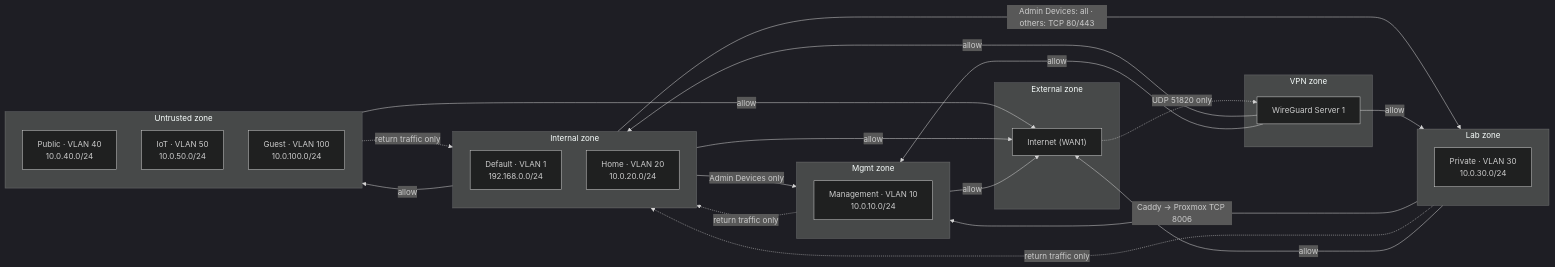
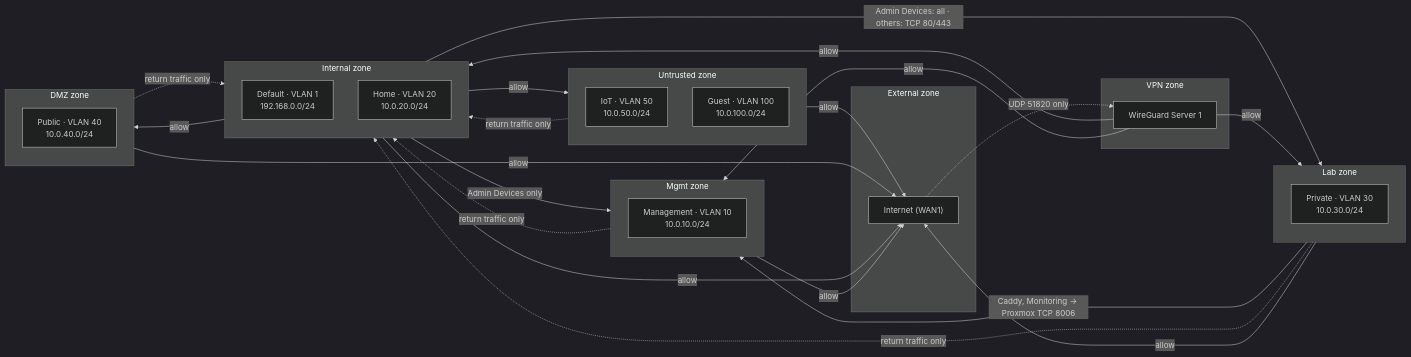
Before and after one commit to shaaz-f/home-server: the second of 2 diagrams in README.md, drawn with Mermaid (dark theme). The commit also changed other lines of this file and 5 other files, not shown here.

First line of the commit message:
Document DMZ zone, monitoring and apps VMs

````diff
--- a/README.md
+++ b/README.md
@@ -52,40 +52,45 @@
 ```mermaid
 flowchart LR
     subgraph EXT["External zone"]
         WAN["Internet (WAN1)"]
     end
     subgraph INT["Internal zone"]
         DEF["Default · VLAN 1<br/>192.168.0.0/24"]
         HOME["Home · VLAN 20<br/>10.0.20.0/24"]
     end
     subgraph MGZ["Mgmt zone"]
         MGMT["Management · VLAN 10<br/>10.0.10.0/24"]
     end
     subgraph LABZ["Lab zone"]
         PRIV["Private · VLAN 30<br/>10.0.30.0/24"]
     end
     subgraph UNT["Untrusted zone"]
-        PUB["Public · VLAN 40<br/>10.0.40.0/24"]
         IOT["IoT · VLAN 50<br/>10.0.50.0/24"]
         GST["Guest · VLAN 100<br/>10.0.100.0/24"]
+    end
+    subgraph DMZZ["DMZ zone"]
+        PUB["Public · VLAN 40<br/>10.0.40.0/24"]
     end
     subgraph VPNZ["VPN zone"]
         WG["WireGuard Server 1"]
     end
 
     INT -- "Admin Devices only" --> MGZ
     INT -- "Admin Devices: all · others: TCP 80/443" --> LABZ
-    LABZ -- "Caddy → Proxmox TCP 8006" --> MGZ
+    LABZ -- "Caddy, Monitoring → Proxmox TCP 8006" --> MGZ
     INT -- "allow" --> UNT
+    INT -- "allow" --> DMZZ
     MGZ -. "return traffic only" .-> INT
     LABZ -. "return traffic only" .-> INT
     UNT -. "return traffic only" .-> INT
+    DMZZ -. "return traffic only" .-> INT
     UNT -- "allow" --> WAN
+    DMZZ -- "allow" --> WAN
     INT -- "allow" --> WAN
     MGZ -- "allow" --> WAN
     LABZ -- "allow" --> WAN
     WG -- "allow" --> INT
     WG -- "allow" --> MGZ
     WG -- "allow" --> LABZ
     WAN -. "UDP 51820 only" .-> WG
 ```
````
